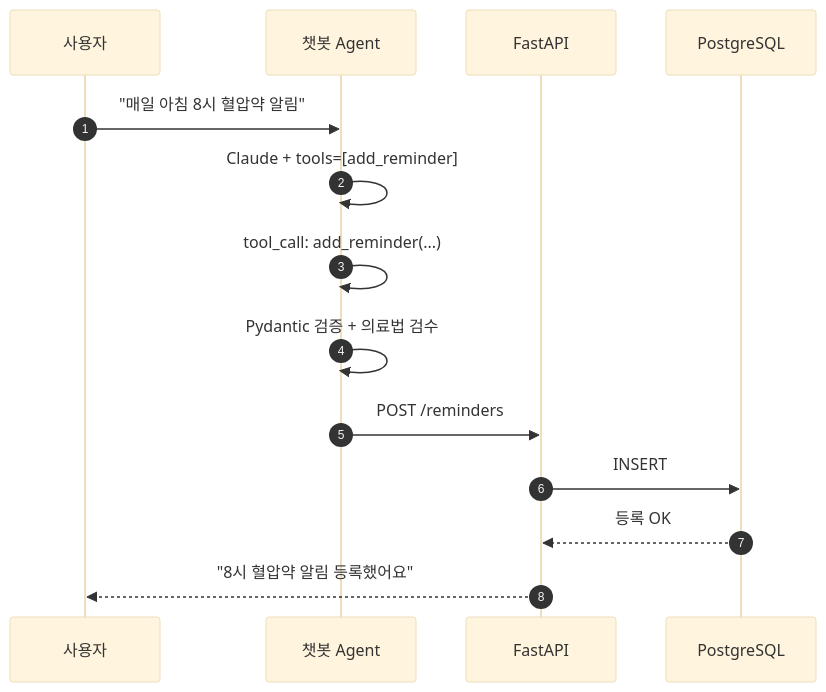
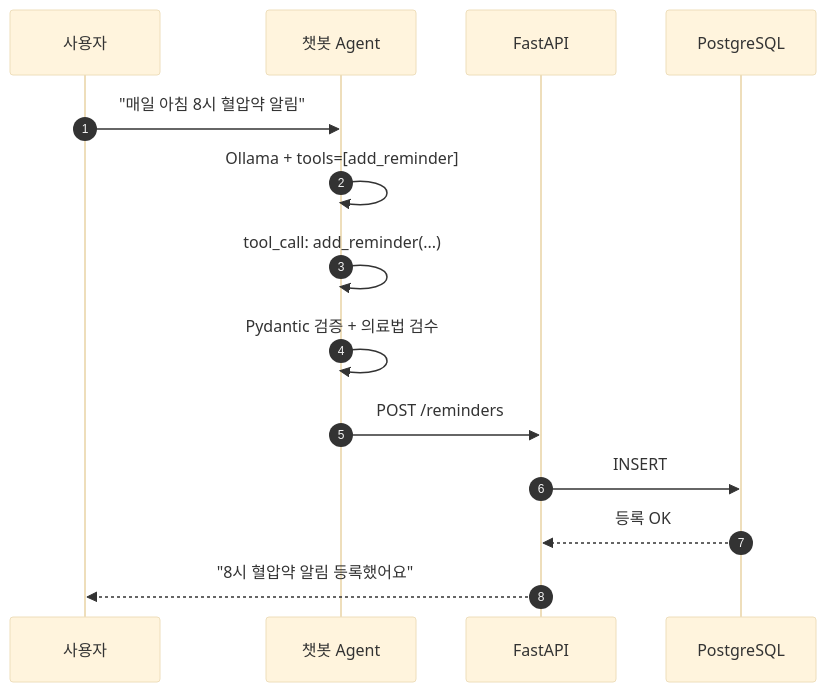
The seventh of 12 diagrams in 03_lemon_healthcare/yeong-Vision-Nutrition/PROJECT_GUIDE.md (Lemon-Aid-KDT/Lemon-sin), drawn with Mermaid (base theme) before and after one commit. The commit also changed other lines of this file and 9 other files, not shown here.

````diff
--- a/03_lemon_healthcare/yeong-Vision-Nutrition/PROJECT_GUIDE.md
+++ b/03_lemon_healthcare/yeong-Vision-Nutrition/PROJECT_GUIDE.md
@@ -870,17 +893,17 @@
 ```mermaid
 sequenceDiagram
     autonumber
     participant U as 사용자
     participant CA as 챗봇 Agent
     participant API as FastAPI
     participant DB as PostgreSQL
 
     U->>CA: "매일 아침 8시 혈압약 알림"
-    CA->>CA: Claude + tools=[add_reminder]
+    CA->>CA: Ollama + tools=[add_reminder]
     CA->>CA: tool_call: add_reminder(...)
     CA->>CA: Pydantic 검증 + 의료법 검수
     CA->>API: POST /reminders
     API->>DB: INSERT
     DB-->>API: 등록 OK
     API-->>U: "8시 혈압약 알림 등록했어요"
 ```
````
